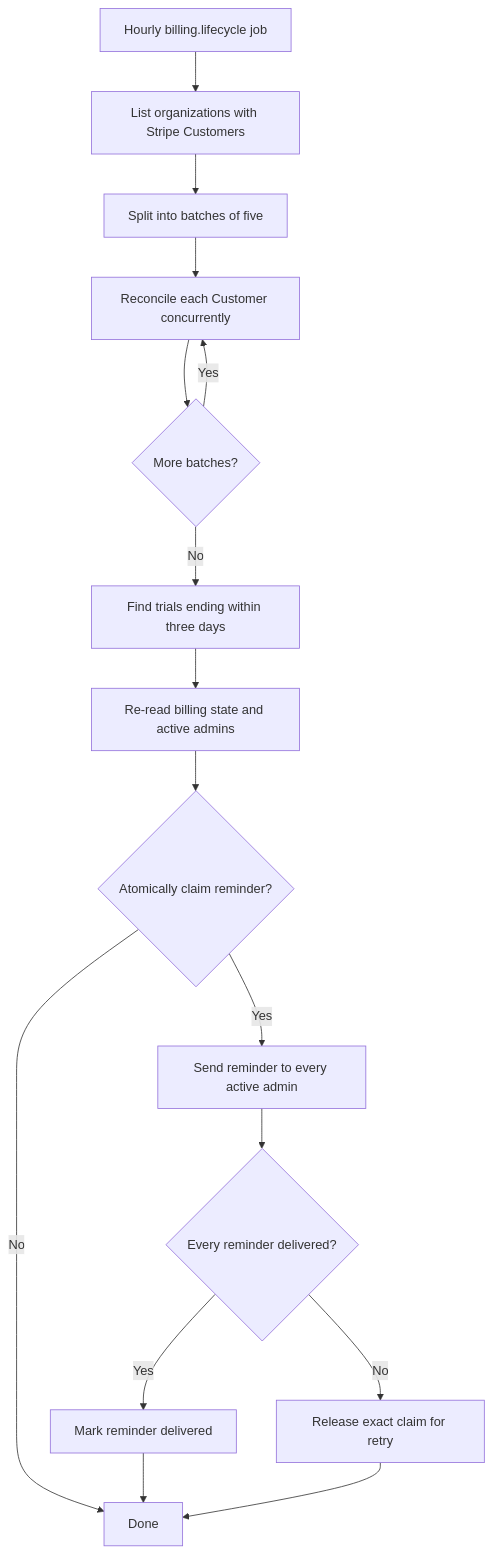
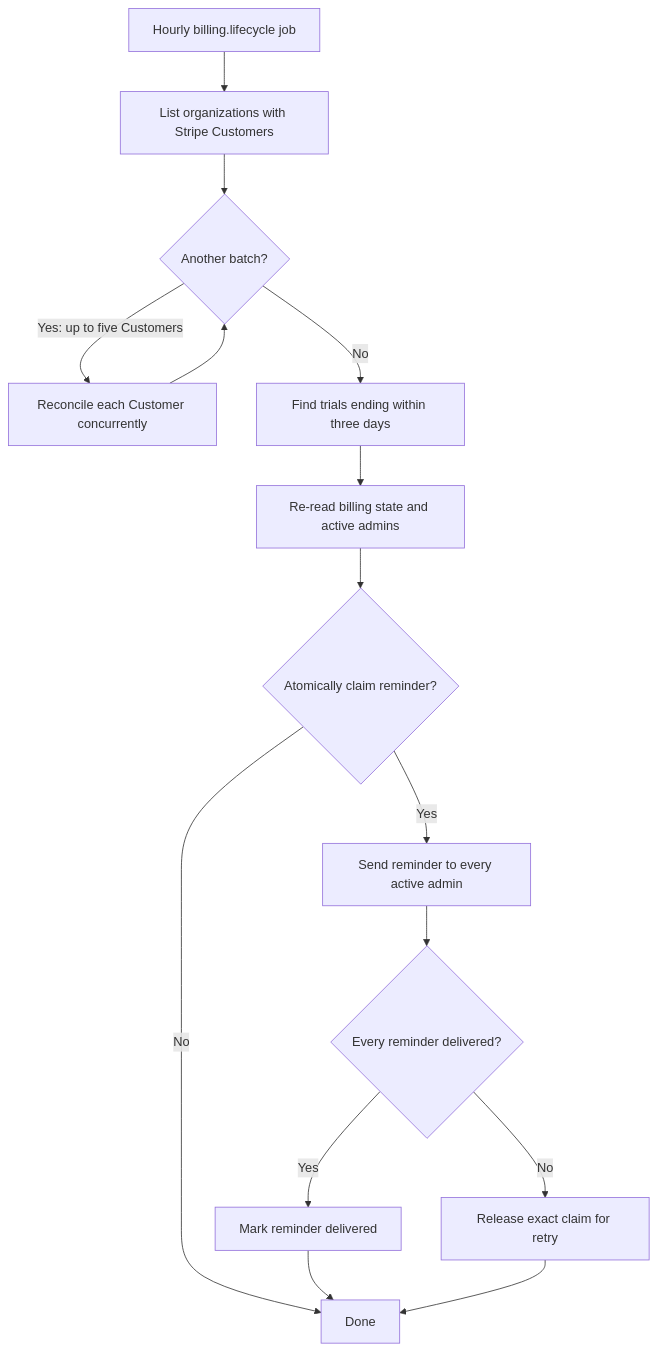
One commit to DavisTownsend/nao changed diagram 13 of 15 in apps/backend/docs/cloud-billing-stripe.md. Above: the diagram before and after it, drawn with Mermaid. The commit also changed other lines of this file, not shown here.

````diff
--- a/apps/backend/docs/cloud-billing-stripe.md
+++ b/apps/backend/docs/cloud-billing-stripe.md
@@ -635,25 +677,25 @@
 ```mermaid
 flowchart TD
     Hourly["Hourly billing.lifecycle job"]
     Customers["List organizations with Stripe Customers"]
-    Batches["Split into batches of five"]
+    NextBatch{"Another batch?"}
     Reconcile["Reconcile each Customer concurrently"]
-    Continue{"More batches?"}
     Due["Find trials ending within three days"]
     Reread["Re-read billing state and active admins"]
     Claim{"Atomically claim reminder?"}
     Send["Send reminder to every active admin"]
     Delivered{"Every reminder delivered?"}
     Complete["Mark reminder delivered"]
     Release["Release exact claim for retry"]
     Done["Done"]
 
-    Hourly --> Customers --> Batches --> Reconcile --> Continue
-    Continue -->|Yes| Reconcile
-    Continue -->|No| Due
+    Hourly --> Customers --> NextBatch
+    NextBatch -->|"Yes: up to five Customers"| Reconcile
+    Reconcile --> NextBatch
+    NextBatch -->|No| Due
     Due --> Reread --> Claim
     Claim -->|No| Done
     Claim -->|Yes| Send --> Delivered
     Delivered -->|Yes| Complete --> Done
     Delivered -->|No| Release --> Done
 ```
````
